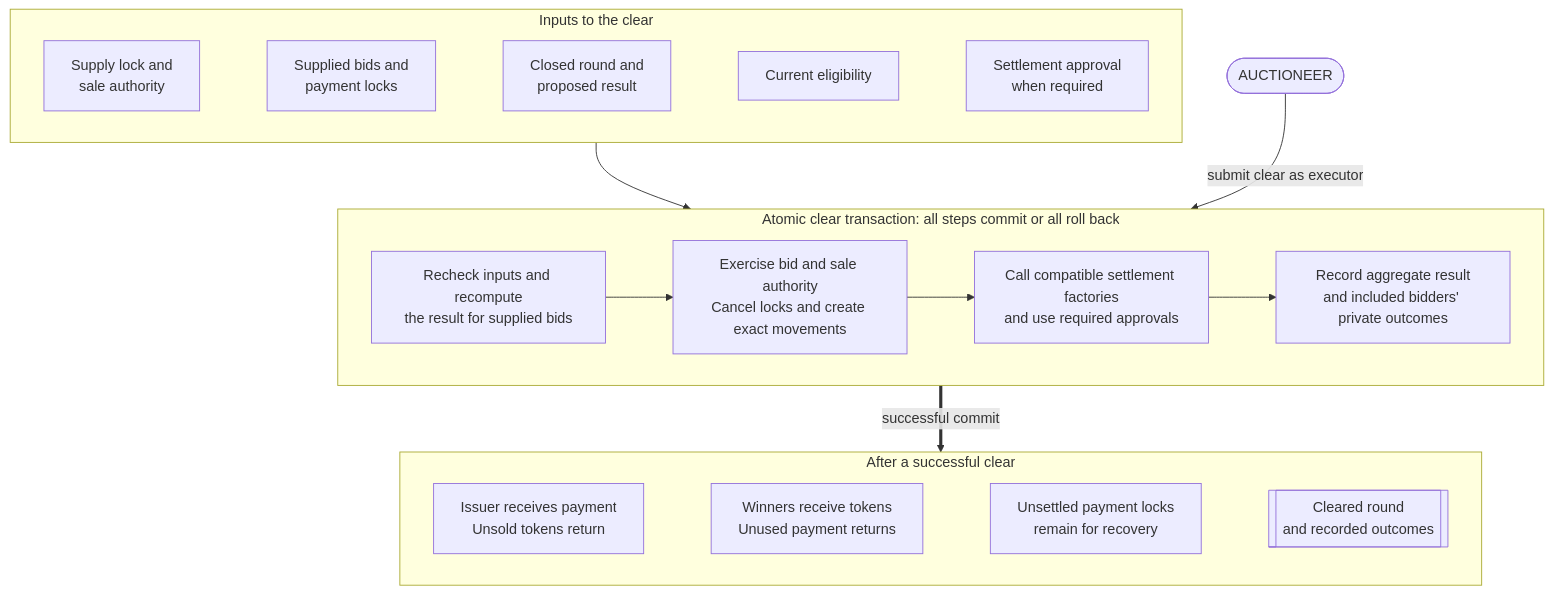
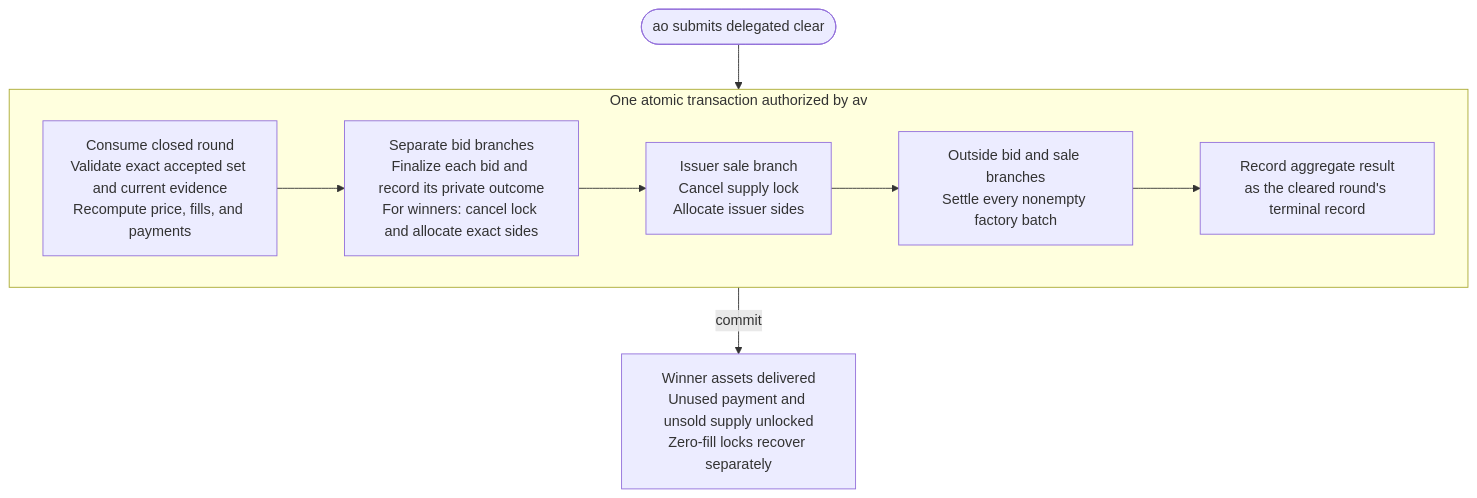
Before and after one commit to OpenZeppelin/canton-specs: the fourth of 5 diagrams in docs/reference-architectures/confidential-auction.md, drawn with Mermaid. The commit also changed other lines of this file, not shown here.

First line of the commit message:
[Confidential Auction] Deeper flow descriptions and technical corrections (#200)

````diff
--- a/docs/reference-architectures/confidential-auction.md
+++ b/docs/reference-architectures/confidential-auction.md
@@ -519,46 +637,14 @@
 ```mermaid
 flowchart TB
-    Auctioneer([AUCTIONEER])
-
-    subgraph Inputs["Inputs to the clear"]
-        direction LR
-        Supply["Supply lock and<br/>sale authority"]
-        Payments["Supplied bids and<br/>payment locks"]
-        Proposal["Closed round and<br/>proposed result"]
-        Eligibility["Current eligibility"]
-        Approval["Settlement approval<br/>when required"]
-
-        Supply ~~~ Payments
-        Payments ~~~ Proposal
-        Proposal ~~~ Eligibility
-        Eligibility ~~~ Approval
+    Operator([ao submits delegated clear])
+    subgraph ClearTx["One atomic transaction authorized by av"]
+        Validate["Consume closed round<br/>Validate exact accepted set and current evidence<br/>Recompute price, fills, and payments"]
+        Bids["Separate bid branches<br/>Finalize each bid and record its private outcome<br/>For winners: cancel lock and allocate exact sides"]
+        Sale["Issuer sale branch<br/>Cancel supply lock<br/>Allocate issuer sides"]
+        Batches["Outside bid and sale branches<br/>Settle every nonempty factory batch"]
+        Result["Record aggregate result<br/>as the cleared round's terminal record"]
+        Validate --> Bids --> Sale --> Batches --> Result
     end
-
-    subgraph ClearTx["Atomic clear transaction: all steps commit or all roll back"]
-        direction LR
-        Validate["Recheck inputs and recompute<br/>the result for supplied bids"]
-        Exact["Exercise bid and sale authority<br/>Cancel locks and create exact movements"]
-        Settle["Call compatible settlement factories<br/>and use required approvals"]
-        Record["Record aggregate result<br/>and included bidders' private outcomes"]
-
-        Exact --> Settle
-        Validate --> Exact
-        Settle --> Record
-    end
-
-    subgraph Outcome["After a successful clear"]
-        direction LR
-        IssuerResult["Issuer receives payment<br/>Unsold tokens return"]
-        WinnerResult["Winners receive tokens<br/>Unused payment returns"]
-        Remaining["Unsettled payment locks<br/>remain for recovery"]
-        RoundResult[["Cleared round<br/>and recorded outcomes"]]
-
-        IssuerResult ~~~ WinnerResult
-        WinnerResult ~~~ Remaining
-        Remaining ~~~ RoundResult
-    end
-
-    Inputs --> ClearTx
-    Auctioneer -->|"submit clear as executor"| ClearTx
-    ClearTx ==>|"successful commit"| Outcome
+    Operator --> ClearTx
+    ClearTx -->|"commit"| Done["Winner assets delivered<br/>Unused payment and unsold supply unlocked<br/>Zero-fill locks recover separately"]
 ```
````
